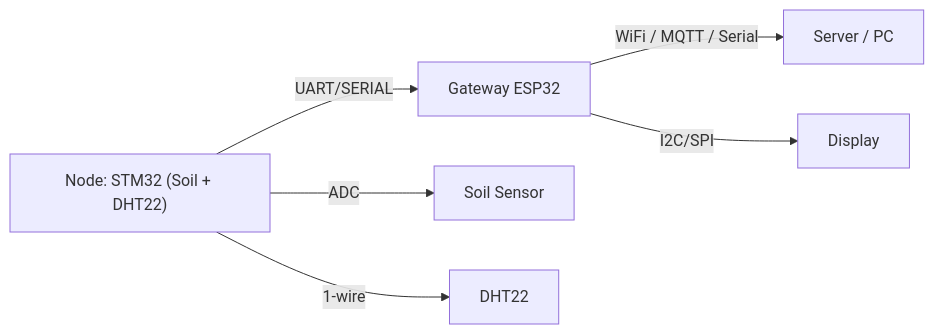
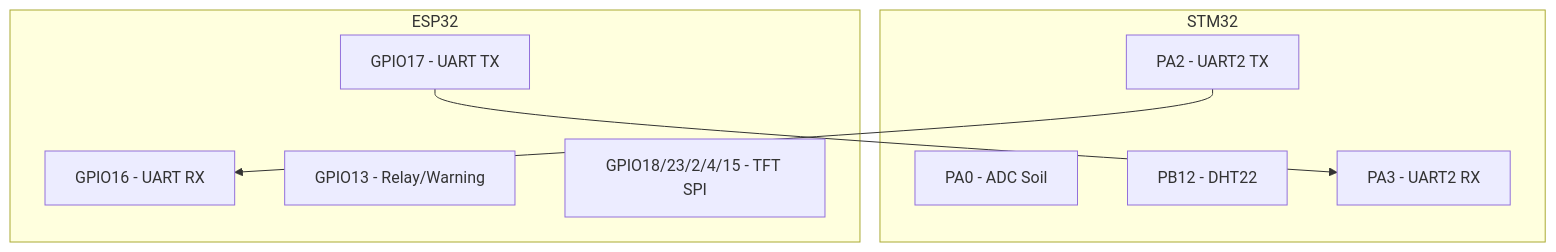
Before and after one commit to NguyenQuyenproIT/sensor_nw_final: the third of 6 diagrams in source_code/README.md, drawn with Mermaid. The commit also changed other lines of this file and 1 other file, not shown here.

````diff
--- a/source_code/README.md
+++ b/source_code/README.md
@@ -54,8 +304,19 @@
 ```mermaid
-graph LR
-  A["Node: STM32 (Soil + DHT22)"] -->|"UART/SERIAL"| B["Gateway ESP32"]
-  A -->|"ADC"| A2["Soil Sensor"]
-  A -->|"1-wire"| A3["DHT22"]
-  B -->|"WiFi / MQTT / Serial"| C["Server / PC"]
-  B -->|"I2C/SPI"| D["Display"]
+flowchart TB
+    subgraph STM32
+        PA0["PA0 - ADC Soil"]
+        PB12["PB12 - DHT22"]
+        PA2["PA2 - UART2 TX"]
+        PA3["PA3 - UART2 RX"]
+    end
+
+    subgraph ESP32
+        RX16["GPIO16 - UART RX"]
+        TX17["GPIO17 - UART TX"]
+        LED13["GPIO13 - Relay/Warning"]
+        SPI["GPIO18/23/2/4/15 - TFT SPI"]
+    end
+
+    PA2 --> RX16
+    TX17 --> PA3
 ```
````
